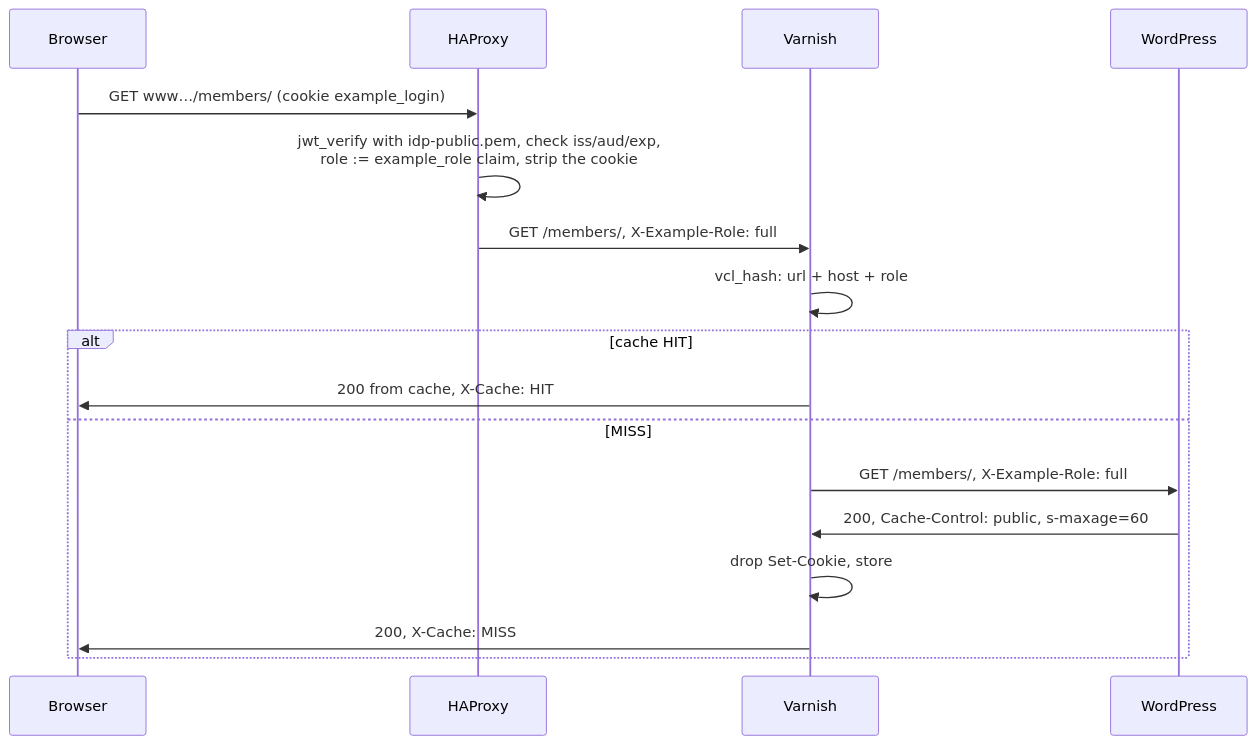
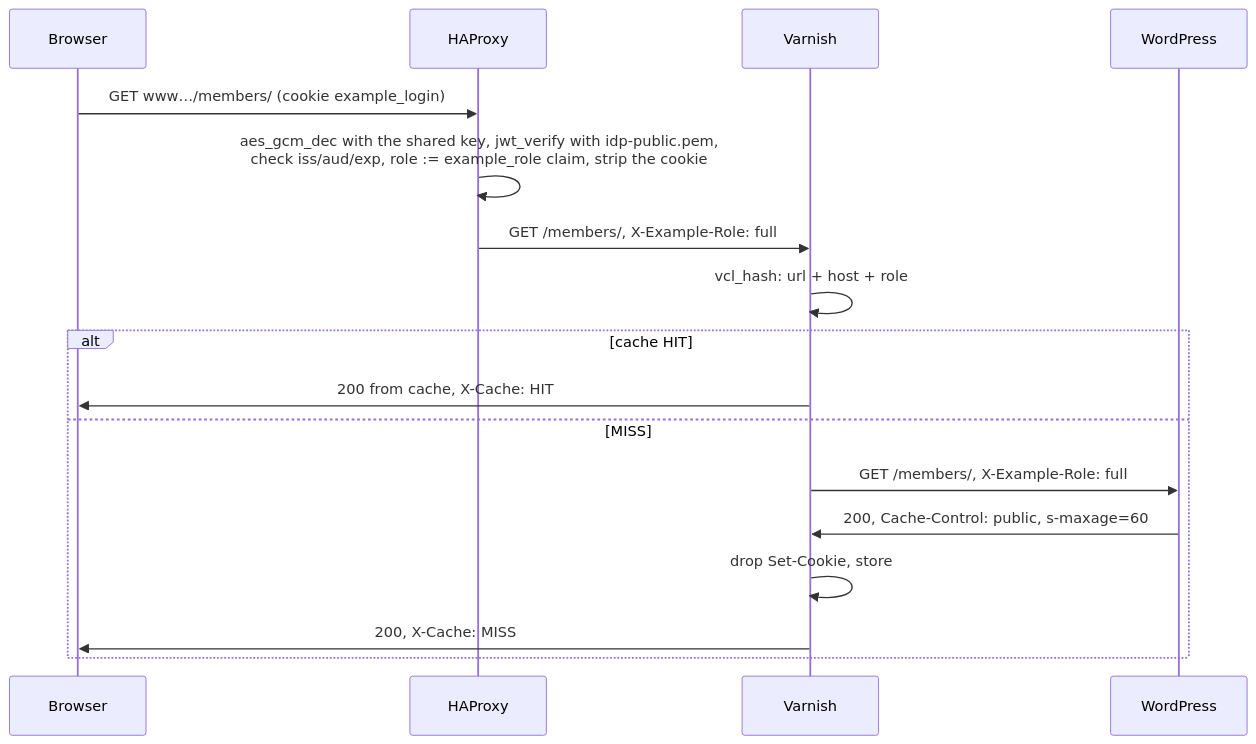
One commit to correctiv/oidc-wp-prototype changed the second of 4 diagrams in README.md. Above: the diagram before and after it, drawn with Mermaid. The commit also changed other lines of this file and 7 other files, not shown here.

````diff
--- a/README.md
+++ b/README.md
@@ -100,19 +100,19 @@
 ```mermaid
 sequenceDiagram
     participant B as Browser
     participant H as HAProxy
     participant V as Varnish
     participant W as WordPress
     B->>H: GET www…/members/ (cookie example_login)
-    H->>H: jwt_verify with idp-public.pem, check iss/aud/exp,<br/>role := example_role claim, strip the cookie
+    H->>H: aes_gcm_dec with the shared key, jwt_verify with idp-public.pem,<br/>check iss/aud/exp, role := example_role claim, strip the cookie
     H->>V: GET /members/, X-Example-Role: full
     V->>V: vcl_hash: url + host + role
     alt cache HIT
         V->>B: 200 from cache, X-Cache: HIT
     else MISS
         V->>W: GET /members/, X-Example-Role: full
         W->>V: 200, Cache-Control: public, s-maxage=60
         V->>V: drop Set-Cookie, store
         V->>B: 200, X-Cache: MISS
     end
 ```
````
